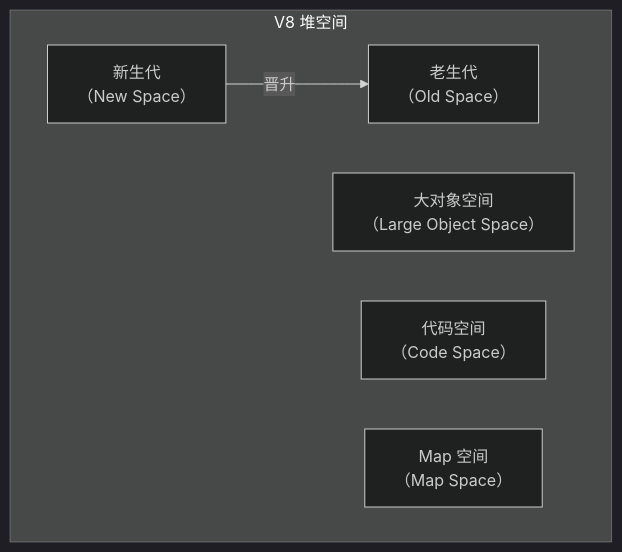
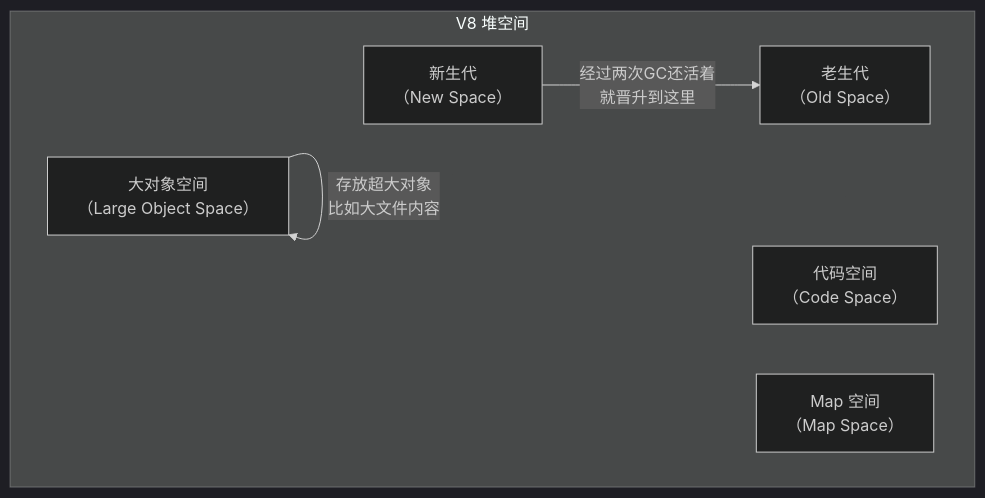
The first of 4 diagrams in articles/zh/nodejs-memory-leak-mastery.mdx (zhangshichuan/maxzhang.site), drawn with Mermaid (dark theme) before and after one commit. The commit also changed other lines of this file and 1 other file, not shown here.

````diff
--- a/articles/zh/nodejs-memory-leak-mastery.mdx
+++ b/articles/zh/nodejs-memory-leak-mastery.mdx
@@ -21,11 +75,12 @@
 ```mermaid
 flowchart TD
     subgraph "V8 堆空间"
-        N[新生代<br>（New Space）]
-        O[老生代<br>（Old Space）]
-        L[大对象空间<br>（Large Object Space）]
-        C[代码空间<br>（Code Space）]
-        M[Map 空间<br>（Map Space）]
+        N[新生代<br/>（New Space）]
+        O[老生代<br/>（Old Space）]
+        L[大对象空间<br/>（Large Object Space）]
+        C[代码空间<br/>（Code Space）]
+        M[Map 空间<br/>（Map Space）]
     end
-    N -->|晋升| O
+    N -->|经过两次GC还活着<br/>就晋升到这里| O
+    L -->|存放超大对象<br/>比如大文件内容| L
 ```
````
